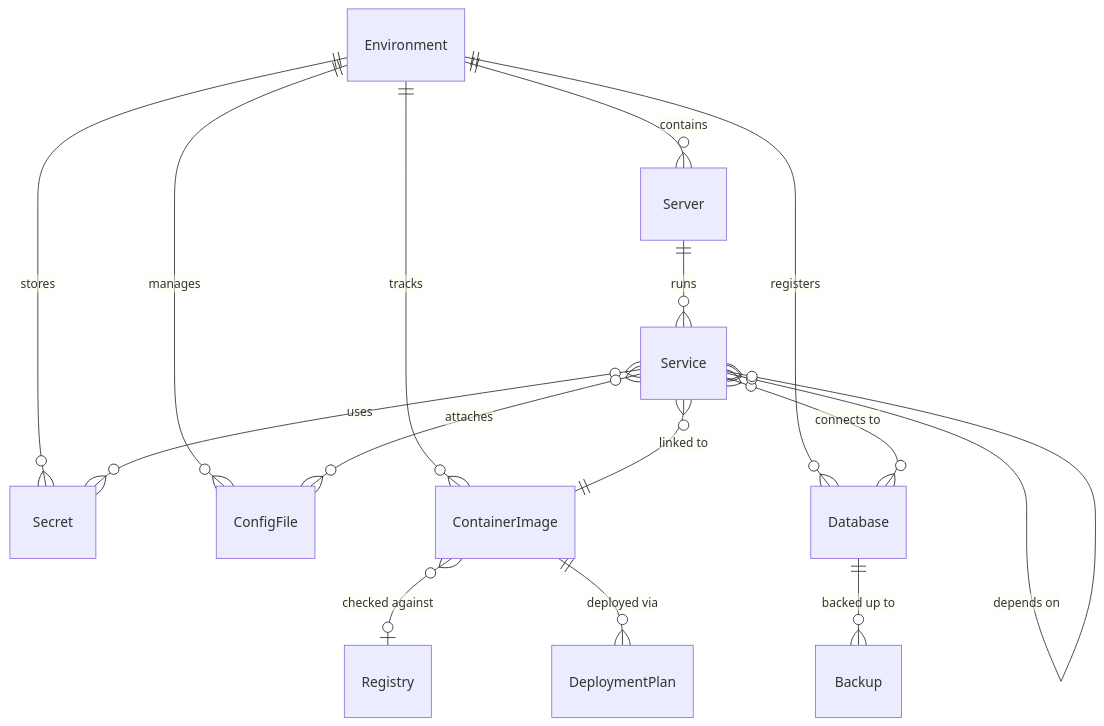
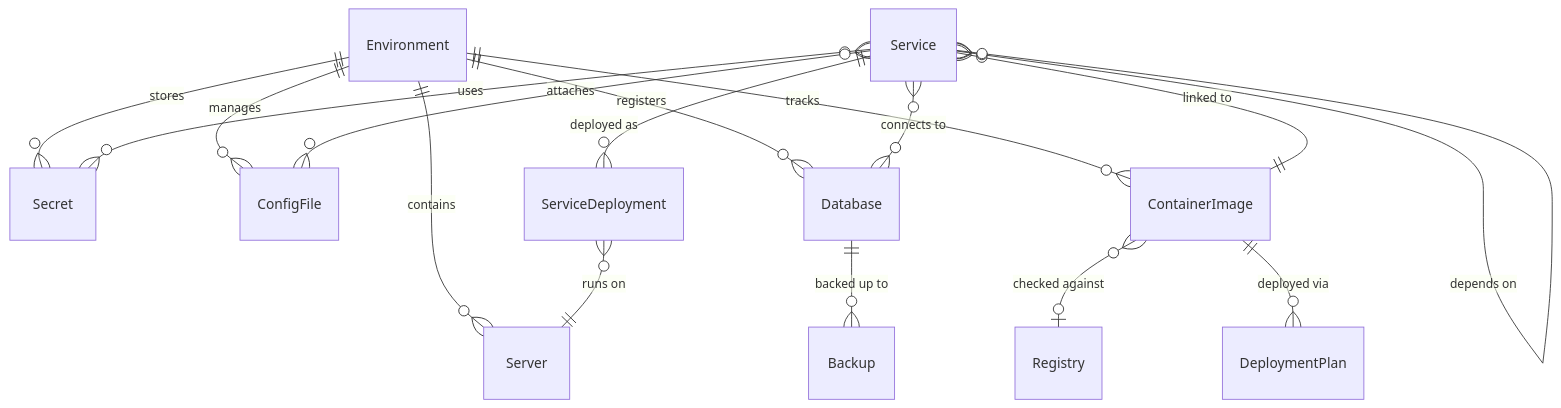
The second of 2 diagrams in docs/concepts.md (bridgeinpt/bridgeport), drawn with Mermaid before and after one commit. The commit also changed other lines of this file and 25 other files, not shown here.

````diff
--- a/docs/concepts.md
+++ b/docs/concepts.md
@@ -116,20 +122,21 @@
 ```mermaid
 erDiagram
     Environment ||--o{ Server : contains
     Environment ||--o{ Secret : stores
     Environment ||--o{ ConfigFile : manages
     Environment ||--o{ Database : registers
     Environment ||--o{ ContainerImage : tracks
 
-    Server ||--o{ Service : runs
+    Service ||--o{ ServiceDeployment : "deployed as"
+    ServiceDeployment }o--|| Server : "runs on"
     Service }o--|| ContainerImage : "linked to"
     Service }o--o{ Secret : uses
     Service }o--o{ ConfigFile : attaches
     Service }o--o{ Database : "connects to"
     Service }o--o{ Service : "depends on"
 
     ContainerImage }o--o| Registry : "checked against"
     ContainerImage ||--o{ DeploymentPlan : "deployed via"
 
     Database ||--o{ Backup : "backed up to"
 ```
````
